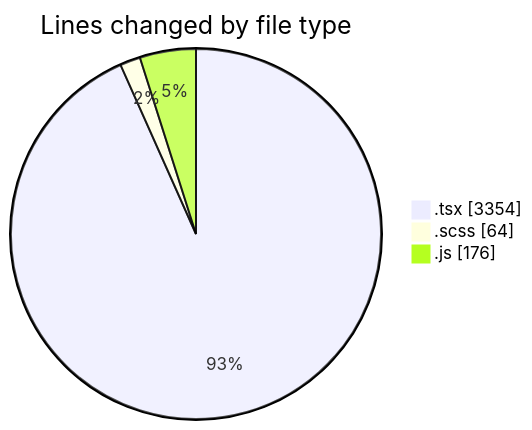
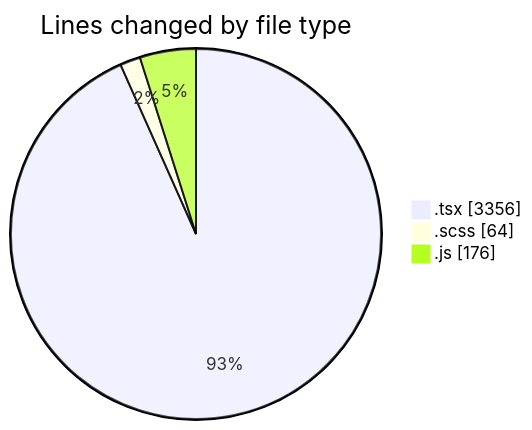
One commit to momahboobian/code-tracking changed the first of 2 diagrams in 2025-06-16/cda/README.md. Above: the diagram before and after it, drawn with Mermaid. The commit also changed other lines of this file and 1 other file, not shown here.

````diff
--- a/2025-06-16/cda/README.md
+++ b/2025-06-16/cda/README.md
@@ -35,7 +35,7 @@
 ```mermaid
 pie showData
 title Lines changed by file type
-".tsx" : 3354
+".tsx" : 3356
 ".scss" : 64
 ".js" : 176
 ```
````
